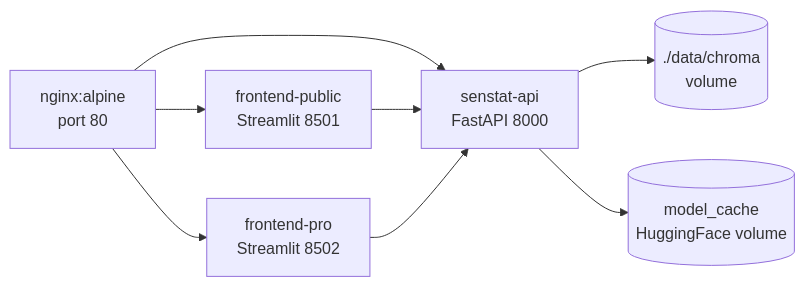
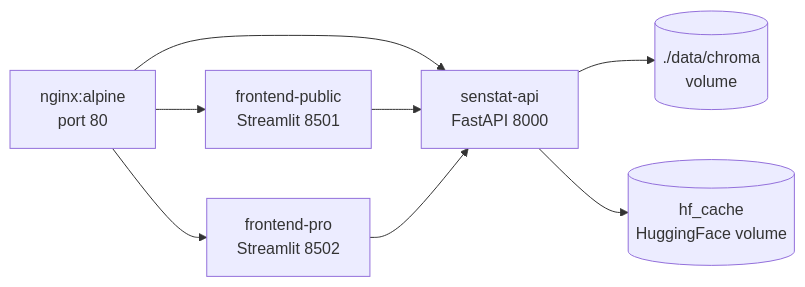
The third of 4 diagrams in ARCHITECTURE.md (Thioyedev/SenstatIA), drawn with Mermaid before and after one commit. The commit also changed 6 other files, not shown here.

````diff
--- a/ARCHITECTURE.md
+++ b/ARCHITECTURE.md
@@ -409,10 +409,10 @@
 ```mermaid
 graph LR
     nginx[nginx:alpine\nport 80] --> pub[frontend-public\nStreamlit 8501]
     nginx --> pro[frontend-pro\nStreamlit 8502]
     nginx --> api_svc[senstat-api\nFastAPI 8000]
     pub --> api_svc
     pro --> api_svc
     api_svc --> chroma_vol[(./data/chroma\nvolume)]
-    api_svc --> model_vol[(model_cache\nHuggingFace volume)]
+    api_svc --> model_vol[(hf_cache\nHuggingFace volume)]
 ```
````
